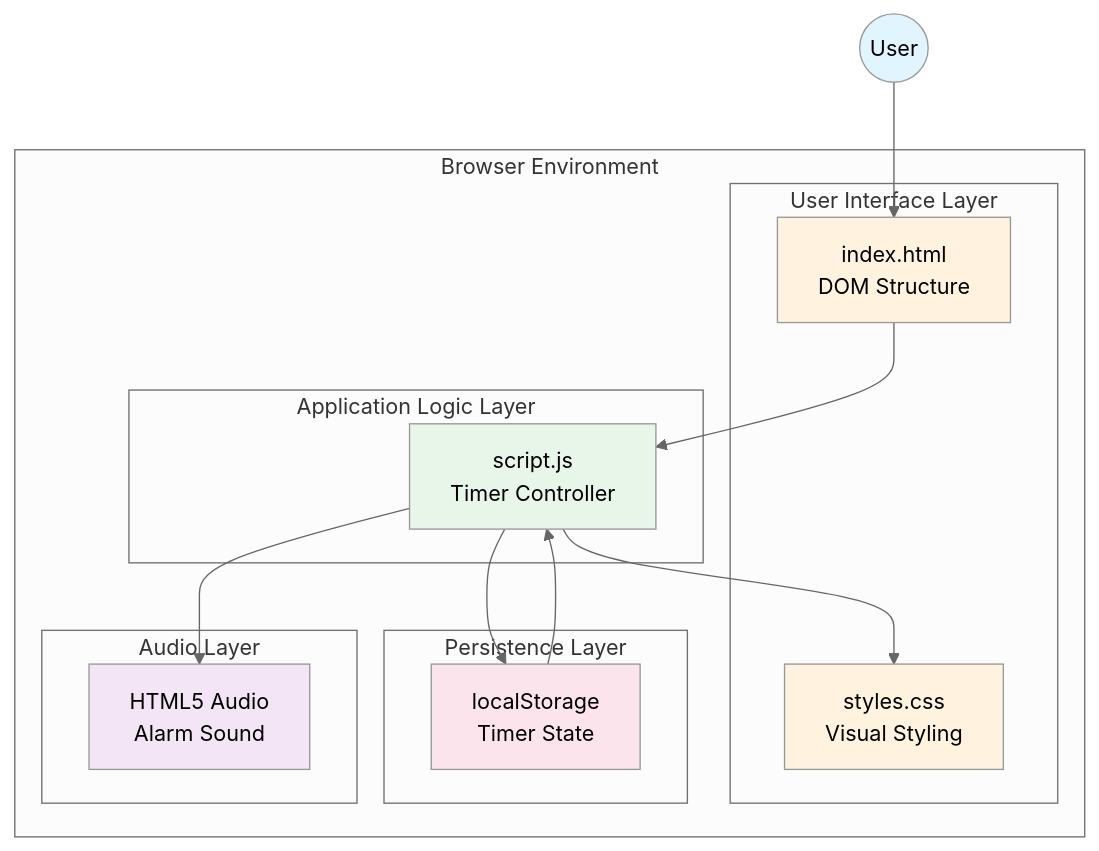
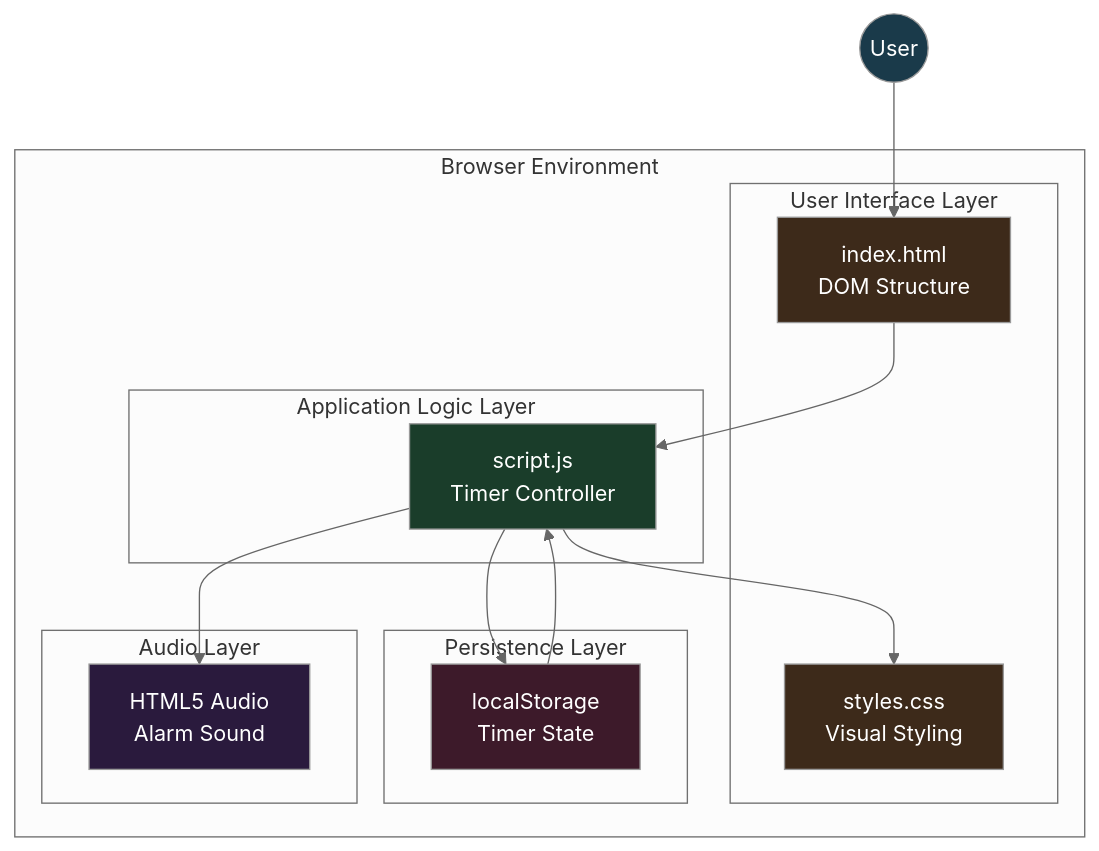
Before and after one commit to Technical-1/All-About-Me: the first of 3 diagrams in public/data/portfolio/OpenSource-Limitimer/architecture.md, drawn with Mermaid (neutral theme). The commit also changed 12 other files, not shown here.

````diff
--- a/public/data/portfolio/OpenSource-Limitimer/architecture.md
+++ b/public/data/portfolio/OpenSource-Limitimer/architecture.md
@@ -5,35 +5,35 @@
 ```mermaid
 flowchart TB
     subgraph Browser["Browser Environment"]
         subgraph UI["User Interface Layer"]
             HTML["index.html<br/>DOM Structure"]
             CSS["styles.css<br/>Visual Styling"]
         end
 
         subgraph Logic["Application Logic Layer"]
             JS["script.js<br/>Timer Controller"]
         end
 
         subgraph Storage["Persistence Layer"]
             LS["localStorage<br/>Timer State"]
         end
 
         subgraph Media["Audio Layer"]
             Audio["HTML5 Audio<br/>Alarm Sound"]
         end
     end
 
     User((User)) --> HTML
     HTML --> JS
     JS --> LS
     JS --> CSS
     JS --> Audio
     LS --> JS
 
-    style User fill:#e1f5fe
-    style HTML fill:#fff3e0
-    style CSS fill:#fff3e0
-    style JS fill:#e8f5e9
-    style LS fill:#fce4ec
-    style Audio fill:#f3e5f5
+    style User fill:#1a3a4a,color:#fff
+    style HTML fill:#3d2a1a,color:#fff
+    style CSS fill:#3d2a1a,color:#fff
+    style JS fill:#1a3d2a,color:#fff
+    style LS fill:#3d1a2a,color:#fff
+    style Audio fill:#2a1a3d,color:#fff
 ```
````
